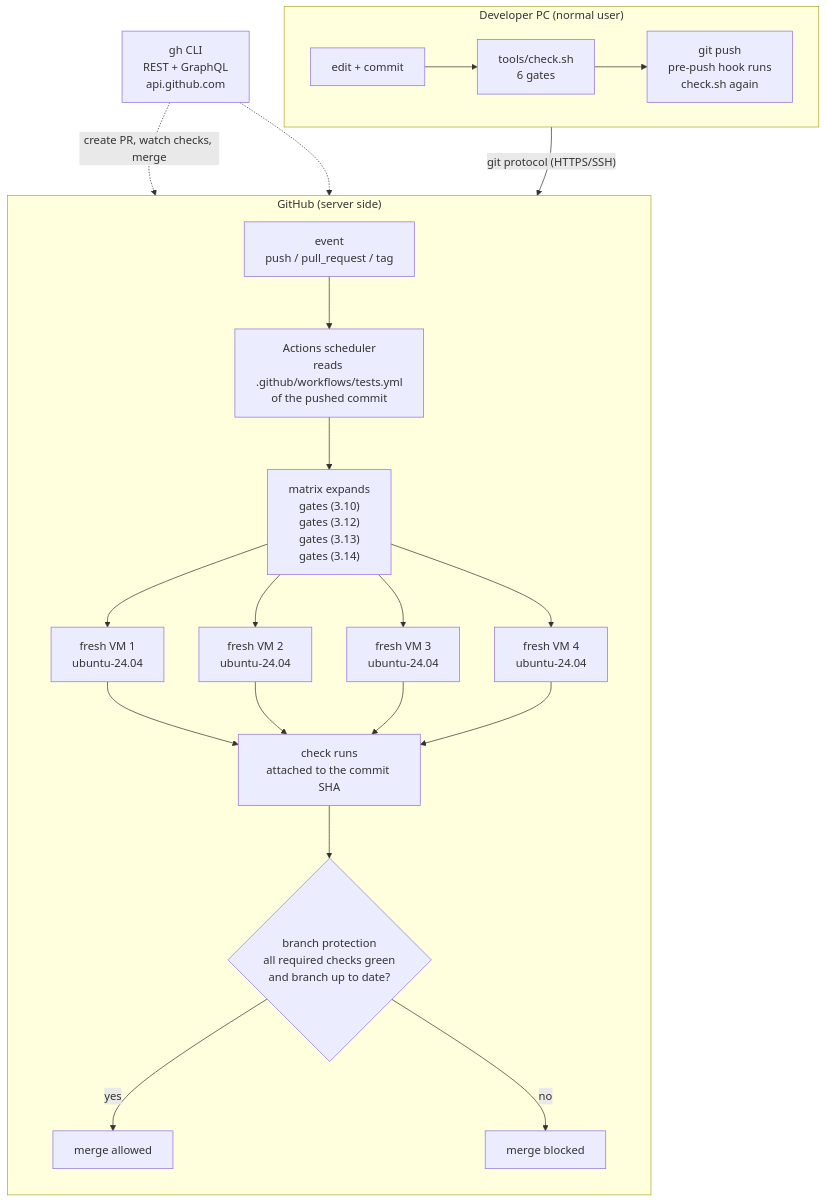
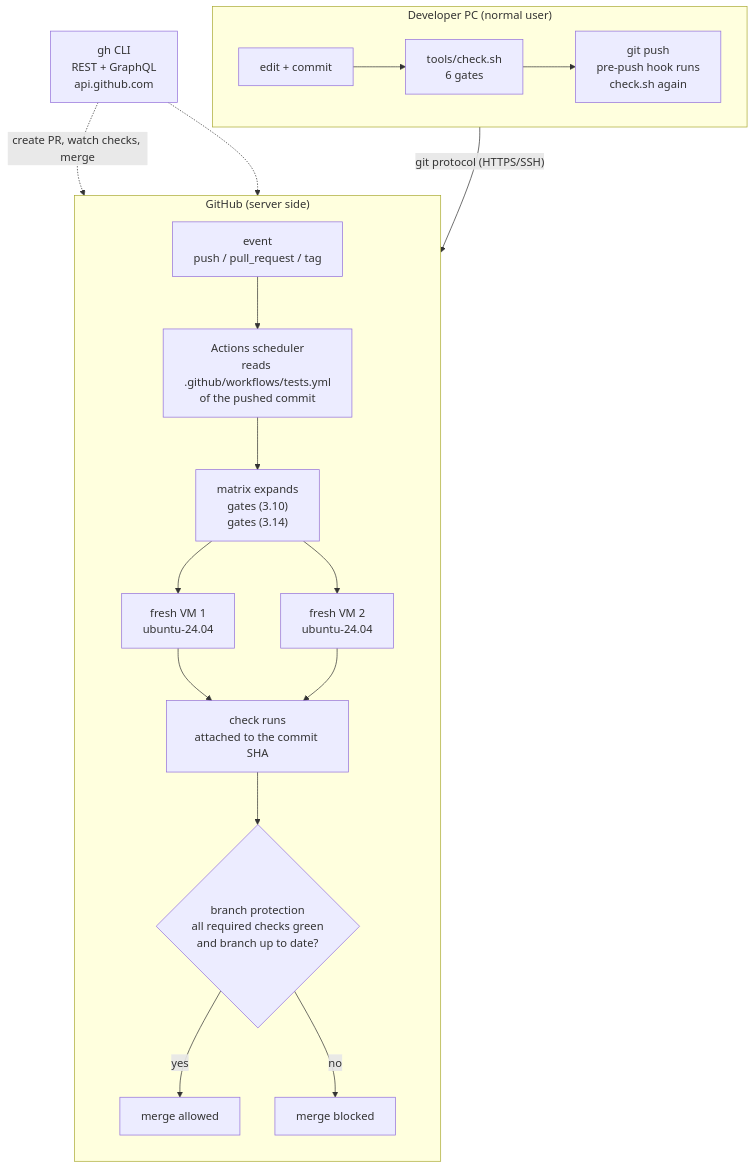
The diagram in docs/img/ci_overview.mmd (peddanet/mediatools), drawn with Mermaid before and after one commit. The commit also changed 20 other files, not shown here.

```diff
--- a/docs/img/ci_overview.mmd
+++ b/docs/img/ci_overview.mmd
@@ -1,22 +1,20 @@
 flowchart TB
   subgraph PC["Developer PC (normal user)"]
     direction LR
     A[edit + commit] --> B["tools/check.sh<br/>6 gates"]
     B --> C["git push<br/>pre-push hook runs<br/>check.sh again"]
   end
   subgraph GH["GitHub (server side)"]
     direction TB
     D["event<br/>push / pull_request / tag"] --> E["Actions scheduler<br/>reads .github/workflows/tests.yml<br/>of the pushed commit"]
-    E --> F["matrix expands<br/>gates (3.10)<br/>gates (3.12)<br/>gates (3.13)<br/>gates (3.14)"]
+    E --> F["matrix expands<br/>gates (3.10)<br/>gates (3.14)"]
     F --> G1["fresh VM 1<br/>ubuntu-24.04"]
     F --> G2["fresh VM 2<br/>ubuntu-24.04"]
-    F --> G3["fresh VM 3<br/>ubuntu-24.04"]
-    F --> G4["fresh VM 4<br/>ubuntu-24.04"]
-    G1 & G2 & G3 & G4 --> H["check runs<br/>attached to the commit SHA"]
+    G1 & G2 --> H["check runs<br/>attached to the commit SHA"]
     H --> I{"branch protection<br/>all required checks green<br/>and branch up to date?"}
     I -- yes --> J[merge allowed]
     I -- no --> K[merge blocked]
   end
   C -->|"git protocol (HTTPS/SSH)"| D
   L["gh CLI<br/>REST + GraphQL<br/>api.github.com"] -.->|create PR, watch checks, merge| H
   L -.-> J
```
